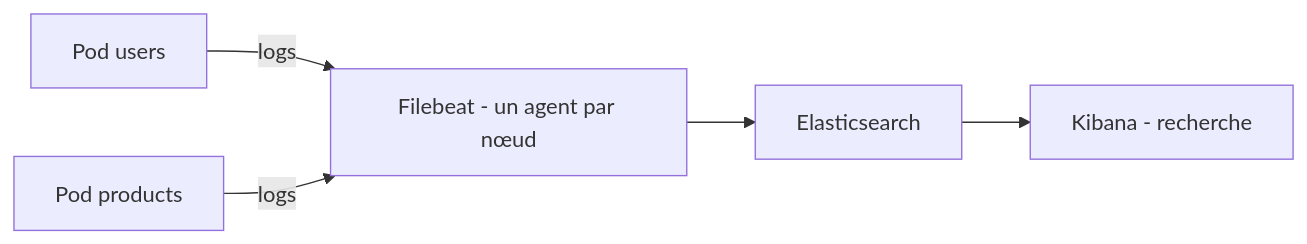
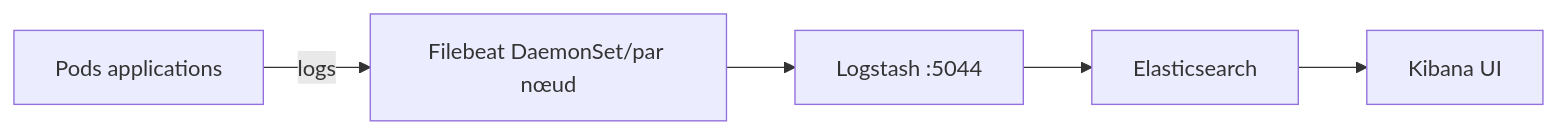
One commit to abdelkaderbenhmida/stage changed the sixth of 8 diagrams in docs/comprendre-le-projet.md. Above: the diagram before and after it, drawn with Mermaid. The commit also changed other lines of this file and 8 other files, not shown here.

````diff
--- a/docs/comprendre-le-projet.md
+++ b/docs/comprendre-le-projet.md
@@ -242,7 +595,7 @@
 ```mermaid
 flowchart LR
-    P1[Pod users] -->|logs| FB[Filebeat - un agent par nœud]
-    P2[Pod products] -->|logs| FB
-    FB --> ES["Elasticsearch"]
-    ES --> KI["Kibana - recherche"]
+    P[Pods applications] -->|logs| FB[Filebeat DaemonSet/par nœud]
+    FB --> LS[Logstash :5044]
+    LS --> ES[Elasticsearch]
+    ES --> KI[Kibana UI]
 ```
````
